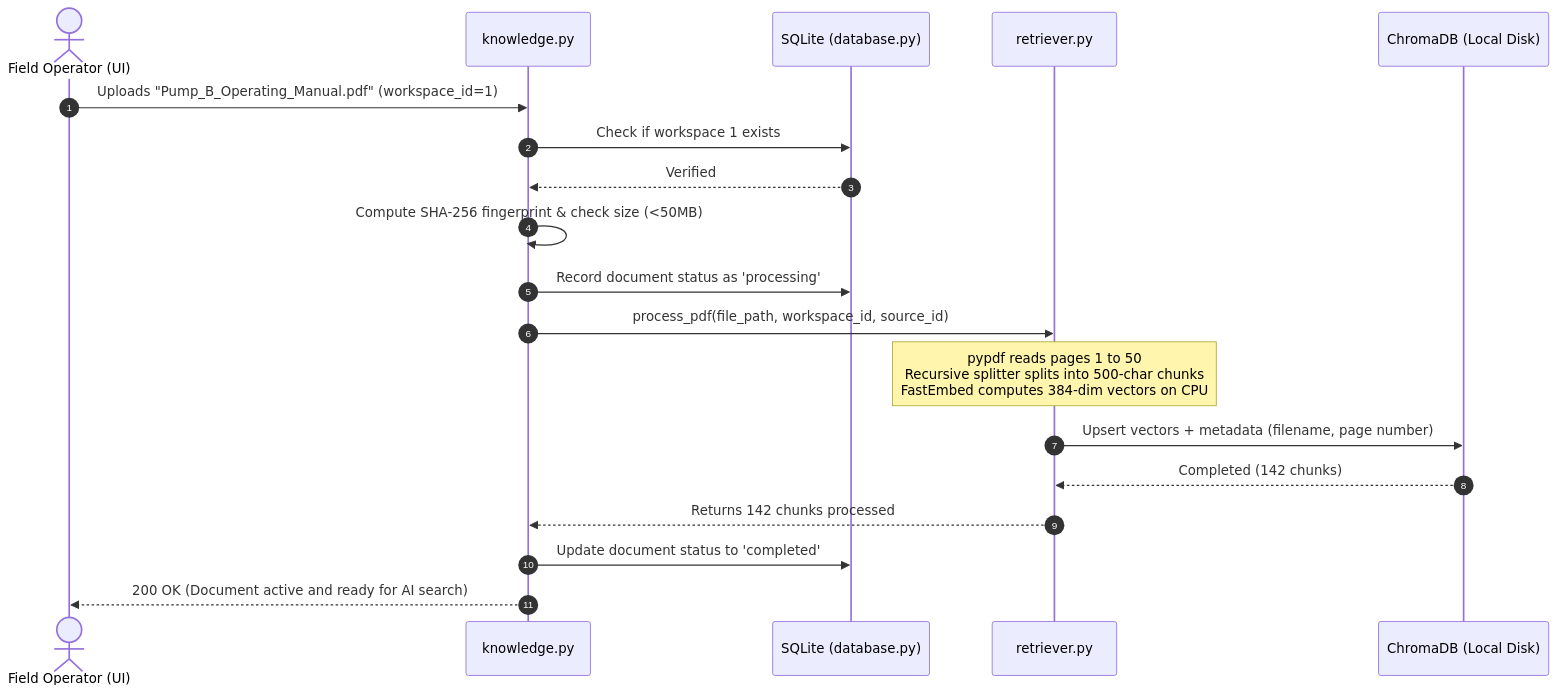
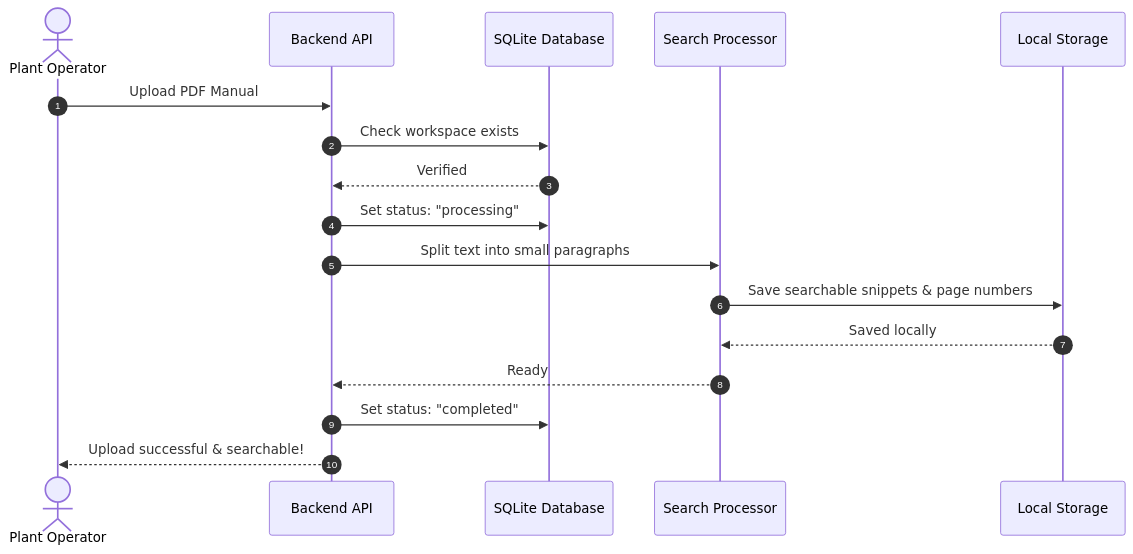
Before and after one commit to ard12/CogniShift: the diagram in information.md, drawn with Mermaid. The commit also changed other lines of this file, not shown here.

Commit message:
docs: simplify language, remove buzzwords/footer, and fix overlapping Mermaid sequence diagram in information.md

````diff
--- a/information.md
+++ b/information.md
@@ -219,22 +212,20 @@
 ```mermaid
 sequenceDiagram
     autonumber
-    actor Operator as Field Operator (UI)
-    participant API as knowledge.py
-    participant DB as SQLite (database.py)
-    participant RAG as retriever.py
-    participant Chroma as ChromaDB (Local Disk)
+    actor User as Plant Operator
+    participant API as Backend API
+    participant DB as SQLite Database
+    participant Search as Search Processor
+    participant Storage as Local Storage
 
-    Operator->>API: Uploads "Pump_B_Operating_Manual.pdf" (workspace_id=1)
-    API->>DB: Check if workspace 1 exists
+    User->>API: Upload PDF Manual
+    API->>DB: Check workspace exists
     DB-->>API: Verified
-    API->>API: Compute SHA-256 fingerprint & check size (<50MB)
-    API->>DB: Record document status as 'processing'
-    API->>RAG: process_pdf(file_path, workspace_id, source_id)
-    Note over RAG: pypdf reads pages 1 to 50<br/>Recursive splitter splits into 500-char chunks<br/>FastEmbed computes 384-dim vectors on CPU
-    RAG->>Chroma: Upsert vectors + metadata (filename, page number)
-    Chroma-->>RAG: Completed (142 chunks)
-    RAG-->>API: Returns 142 chunks processed
-    API->>DB: Update document status to 'completed'
-    API-->>Operator: 200 OK (Document active and ready for AI search)
+    API->>DB: Set status: "processing"
+    API->>Search: Split text into small paragraphs
+    Search->>Storage: Save searchable snippets & page numbers
+    Storage-->>Search: Saved locally
+    Search-->>API: Ready
+    API->>DB: Set status: "completed"
+    API-->>User: Upload successful & searchable!
 ```
````
